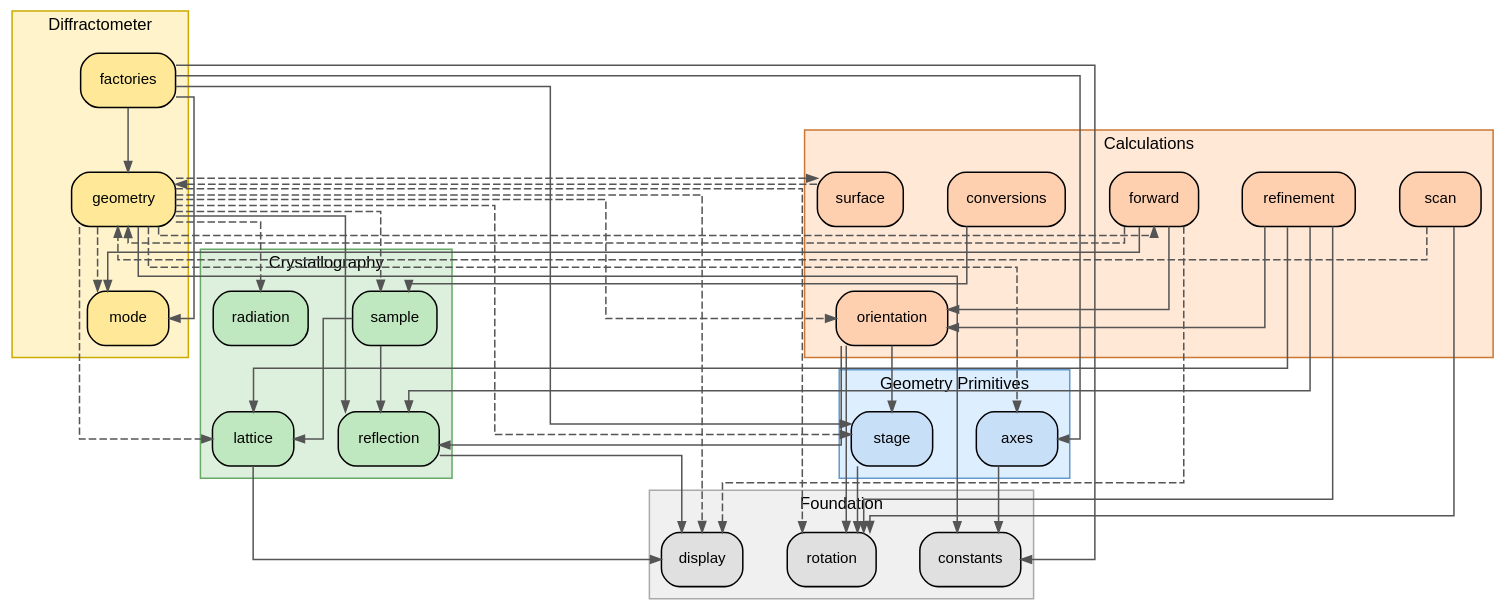
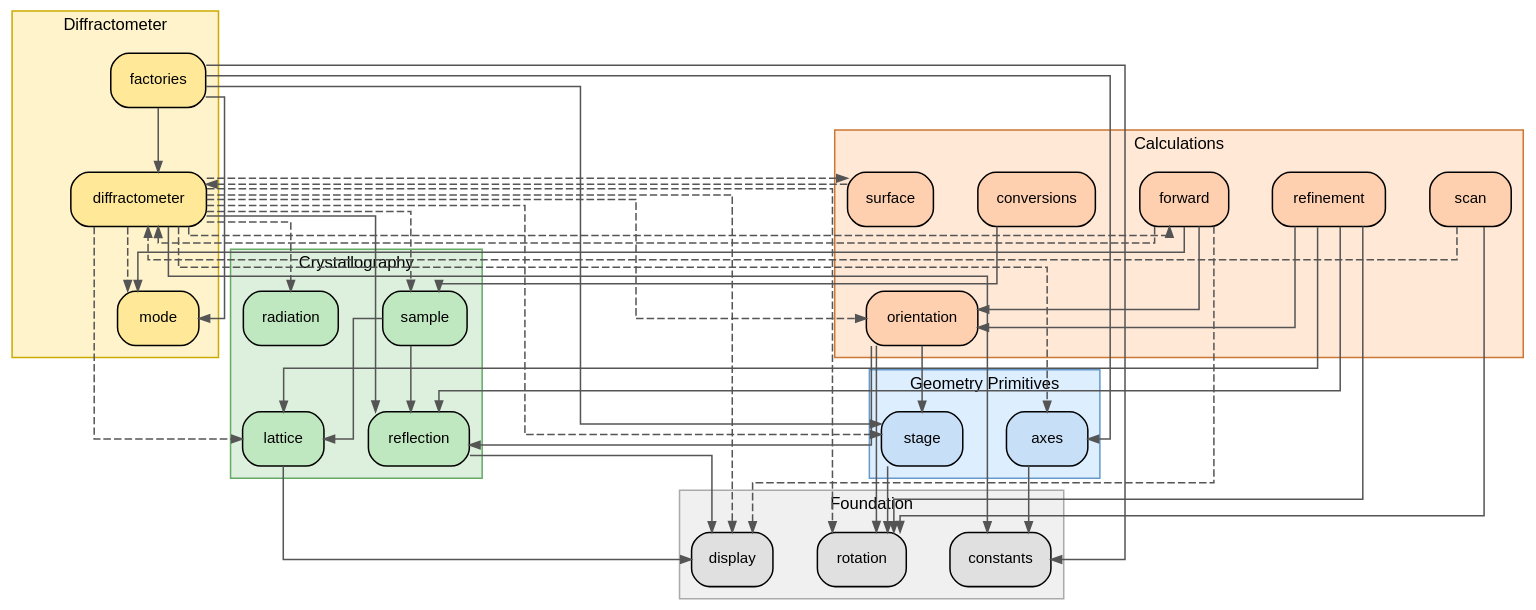
Before and after one commit to BCDA-APS/ad_hoc_diffractometer: the diagram in docs/source/api.rst, drawn with Graphviz. The commit also changed other lines of this file and 38 other files, not shown here.

First line of the commit message:
refactor: rename geometry.py to diffractometer.py (#213) (#214)

```diff
--- a/docs/source/api.rst
+++ b/docs/source/api.rst
@@ -128,7 +128,7 @@
            style=filled fillcolor="#fff3cc" color="#ccaa00"
            fontname="sans-serif" fontsize=11
            mode      [label="mode"      fillcolor="#ffe999"]
-           geometry  [label="geometry"  fillcolor="#ffe999"]
+            diffractometer [label="diffractometer" fillcolor="#ffe999"]
            factories [label="factories" fillcolor="#ffe999"]
        }
 
@@ -157,36 +157,36 @@
        sample     -> reflection
 
        // Diffractometer
-       geometry -> axes         [style=dashed]
-       geometry -> constants
-       geometry -> display      [style=dashed]
-       geometry -> forward      [style=dashed]
-       geometry -> lattice      [style=dashed]
-       geometry -> mode         [style=dashed]
-       geometry -> orientation  [style=dashed]
-       geometry -> radiation    [style=dashed]
-       geometry -> reflection
-       geometry -> rotation     [style=dashed]
-       geometry -> sample       [style=dashed]
-       geometry -> stage        [style=dashed]
-       geometry -> surface      [style=dashed]
-       factories -> axes
-       factories -> constants
-       factories -> geometry
-       factories -> mode
-       factories -> stage
+        diffractometer -> axes         [style=dashed]
+        diffractometer -> constants
+        diffractometer -> display      [style=dashed]
+        diffractometer -> forward      [style=dashed]
+        diffractometer -> lattice      [style=dashed]
+        diffractometer -> mode         [style=dashed]
+        diffractometer -> orientation  [style=dashed]
+        diffractometer -> radiation    [style=dashed]
+        diffractometer -> reflection
+        diffractometer -> rotation     [style=dashed]
+        diffractometer -> sample       [style=dashed]
+        diffractometer -> stage        [style=dashed]
+        diffractometer -> surface      [style=dashed]
+        factories -> axes
+        factories -> constants
+        factories -> diffractometer
+        factories -> mode
+        factories -> stage
 
        // Calculations
        orientation -> reflection
        orientation -> rotation
        orientation -> stage
         forward     -> display    [style=dashed]
-        forward     -> geometry  [style=dashed]
+         forward     -> diffractometer  [style=dashed]
         forward     -> mode
         forward     -> orientation
         conversions -> sample
-       surface     -> geometry  [style=dashed]
-       scan        -> geometry  [style=dashed]
+        surface     -> diffractometer  [style=dashed]
+        scan        -> diffractometer  [style=dashed]
        scan        -> rotation
        refinement  -> lattice
        refinement  -> orientation
```
